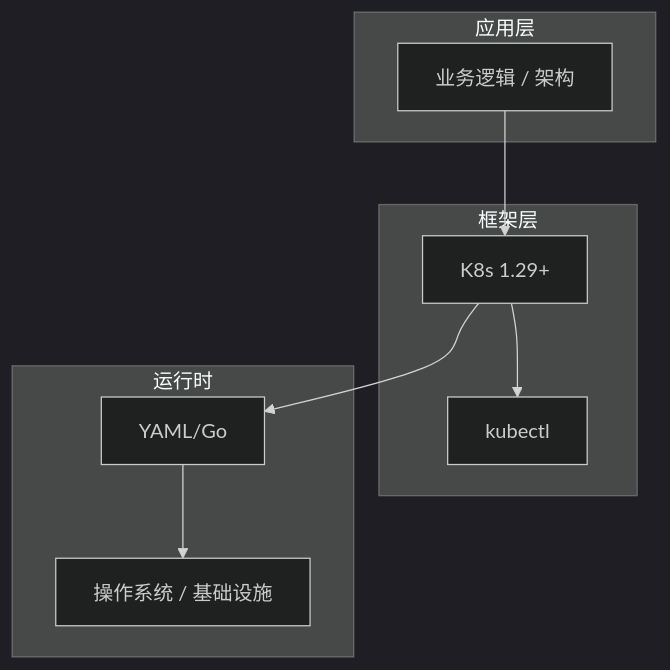
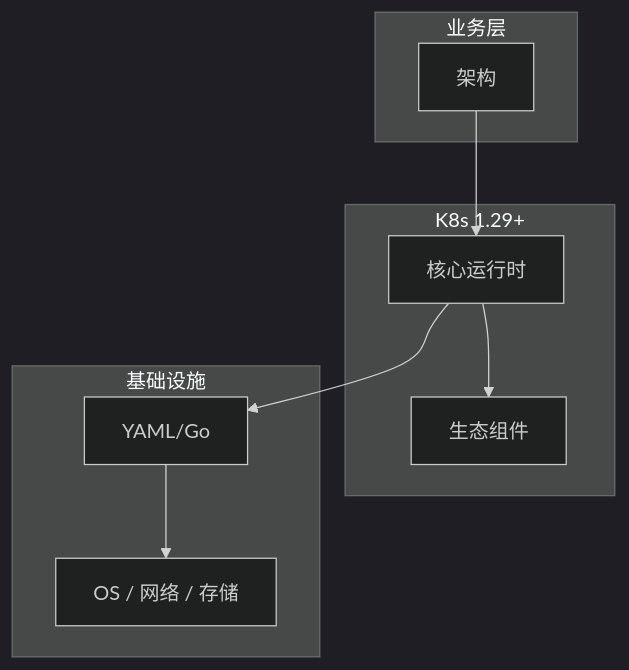
One commit to yanggan2015/knowledge-json-v2 changed the diagram in articles/Kubernetes/chapters/009-架构核心概念与原理.md. Above: the diagram before and after it, drawn with Mermaid (dark theme). The commit also changed other lines of this file and 10127 other files, not shown here.

````diff
--- a/articles/Kubernetes/chapters/009-架构核心概念与原理.md
+++ b/articles/Kubernetes/chapters/009-架构核心概念与原理.md
@@ -45,18 +34,18 @@
 ```mermaid
 graph TB
-    subgraph 应用层
-        A[业务逻辑 / 架构]
+    subgraph 业务层
+        A[架构]
     end
-    subgraph 框架层
-        B[K8s 1.29+]
-        C[kubectl]
+    subgraph K8s 1.29+
+        B[核心运行时]
+        C[生态组件]
     end
-    subgraph 运行时
+    subgraph 基础设施
         D[YAML/Go]
-        E[操作系统 / 基础设施]
+        E[OS / 网络 / 存储]
     end
     A --> B
     B --> C
     B --> D
     D --> E
 ```
````
